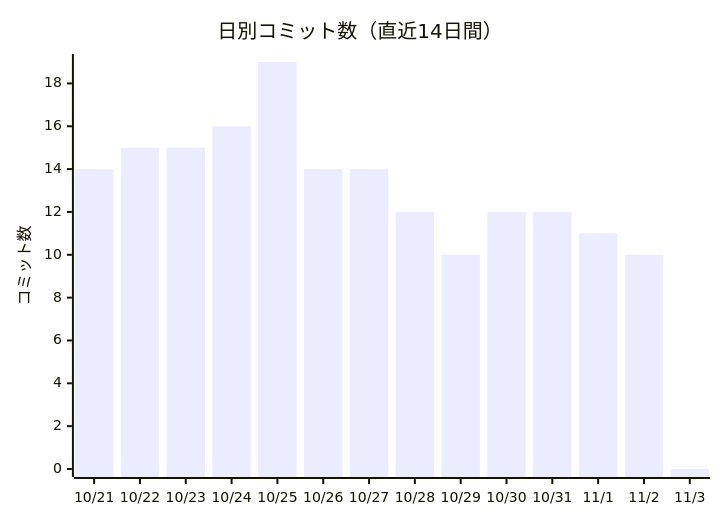
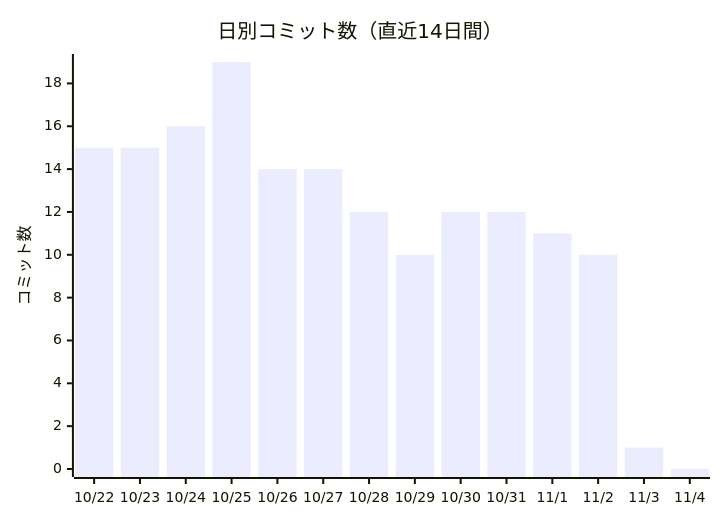
The first of 2 diagrams in docs/進化レポート.md (non-x2/non-x2), drawn with Mermaid before and after one commit. The commit also changed other lines of this file and 2 other files, not shown here.

````diff
--- a/docs/進化レポート.md
+++ b/docs/進化レポート.md
@@ -23,7 +23,7 @@
 ```mermaid
 xychart-beta
     title "日別コミット数（直近14日間）"
-    x-axis ["10/21", "10/22", "10/23", "10/24", "10/25", "10/26", "10/27", "10/28", "10/29", "10/30", "10/31", "11/1", "11/2", "11/3"]
+    x-axis ["10/22", "10/23", "10/24", "10/25", "10/26", "10/27", "10/28", "10/29", "10/30", "10/31", "11/1", "11/2", "11/3", "11/4"]
     y-axis "コミット数"
-    bar [14, 15, 15, 16, 19, 14, 14, 12, 10, 12, 12, 11, 10, 0]
+    bar [15, 15, 16, 19, 14, 14, 12, 10, 12, 12, 11, 10, 1, 0]
 ```
````
